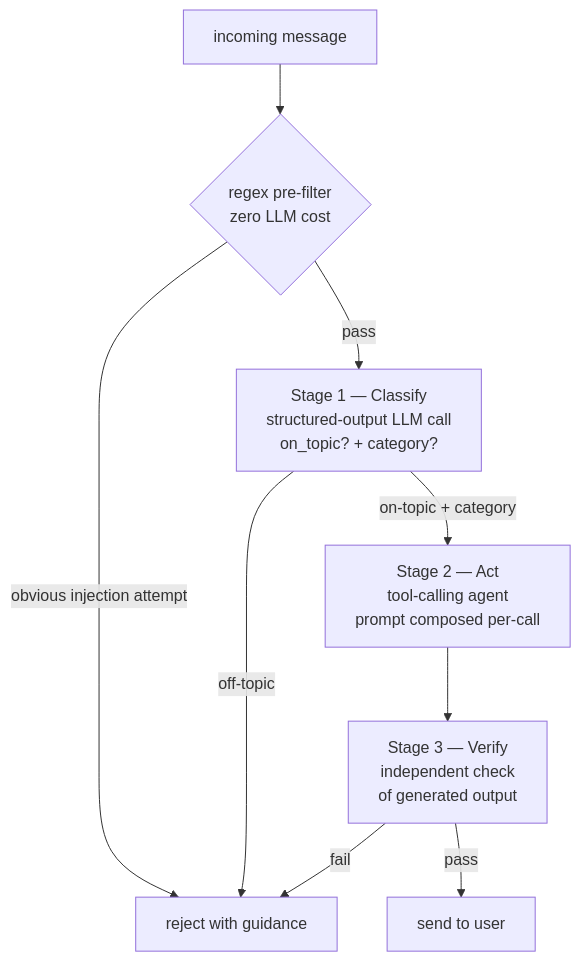
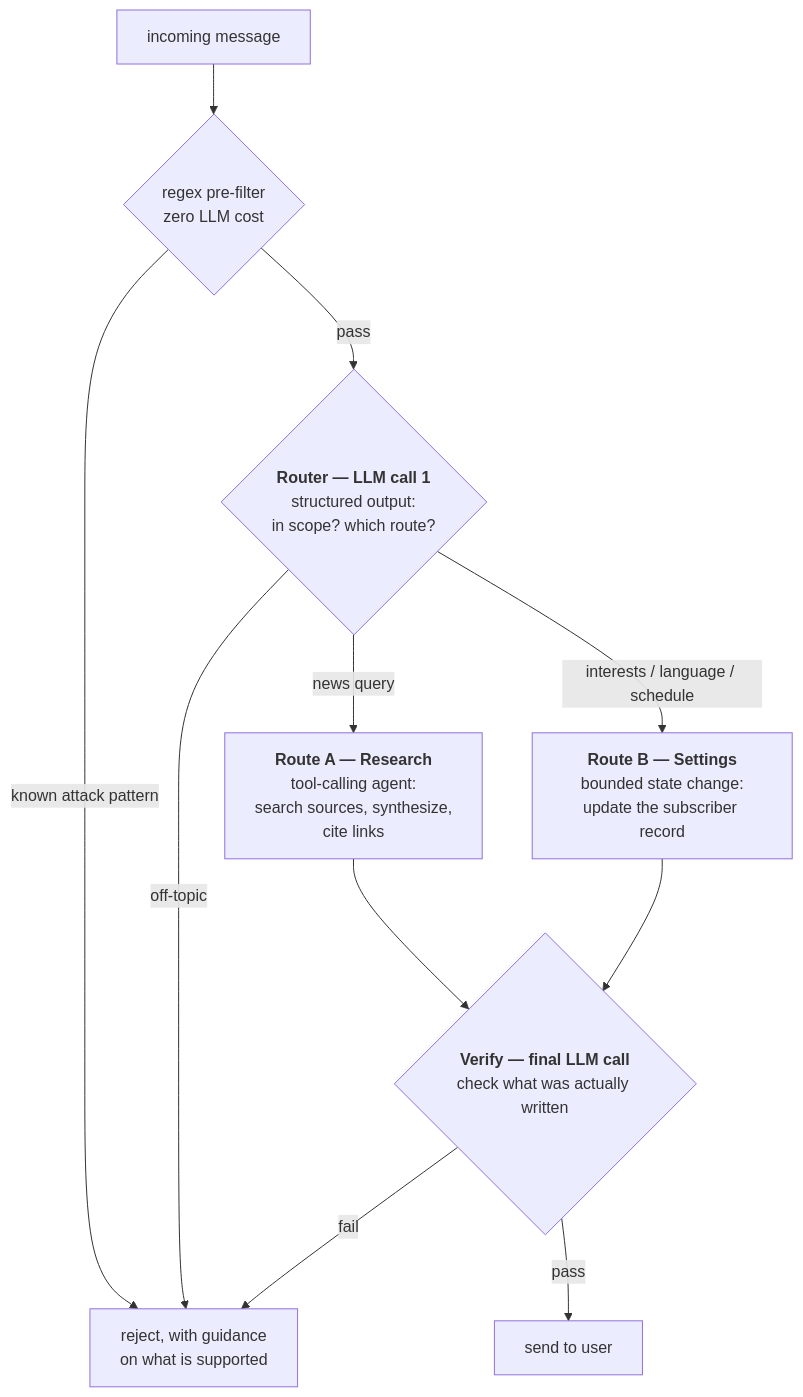
One commit to nankma/argus changed the fourth of 6 diagrams in docs/system-overview.md. Above: the diagram before and after it, drawn with Mermaid. The commit also changed other lines of this file and 3 other files, not shown here.

````diff
--- a/docs/system-overview.md
+++ b/docs/system-overview.md
@@ -245,11 +264,15 @@
 ```mermaid
 flowchart TB
     M["incoming message"] --> R{"regex pre-filter<br/>zero LLM cost"}
-    R -->|obvious injection attempt| REJ["reject with guidance"]
-    R -->|pass| S1["Stage 1 — Classify<br/>structured-output LLM call<br/>on_topic? + category?"]
+    R -->|known attack pattern| REJ["reject, with guidance<br/>on what is supported"]
+    R -->|pass| S1{"<b>Router — LLM call 1</b><br/>structured output:<br/>in scope? which route?"}
+
     S1 -->|off-topic| REJ
-    S1 -->|on-topic + category| S2["Stage 2 — Act<br/>tool-calling agent<br/>prompt composed per-call"]
-    S2 --> S3["Stage 3 — Verify<br/>independent check<br/>of generated output"]
-    S3 -->|fail| REJ
-    S3 -->|pass| OUT["send to user"]
+    S1 -->|news query| RA["<b>Route A — Research</b><br/>tool-calling agent:<br/>search sources, synthesize,<br/>cite links"]
+    S1 -->|"interests / language / schedule"| RB["<b>Route B — Settings</b><br/>bounded state change:<br/>update the subscriber record"]
+
+    RA --> V{"<b>Verify — final LLM call</b><br/>check what was actually written"}
+    RB --> V
+    V -->|fail| REJ
+    V -->|pass| OUT["send to user"]
 ```
````
